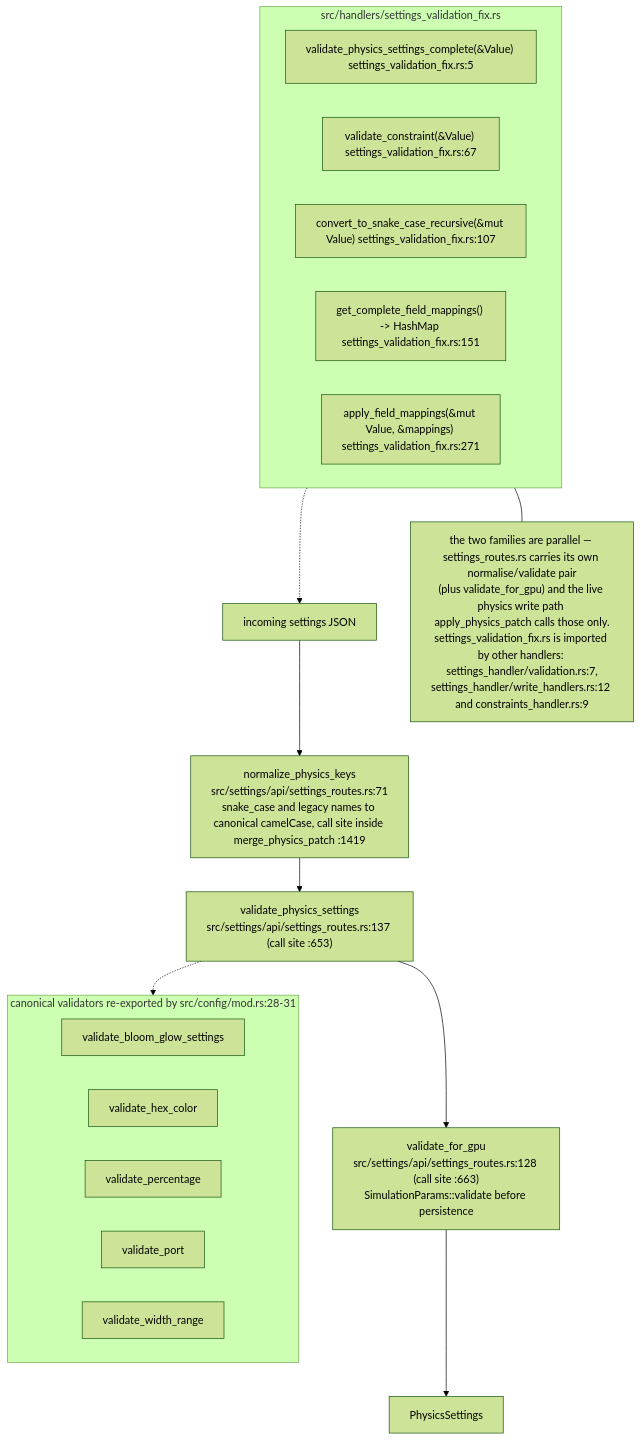
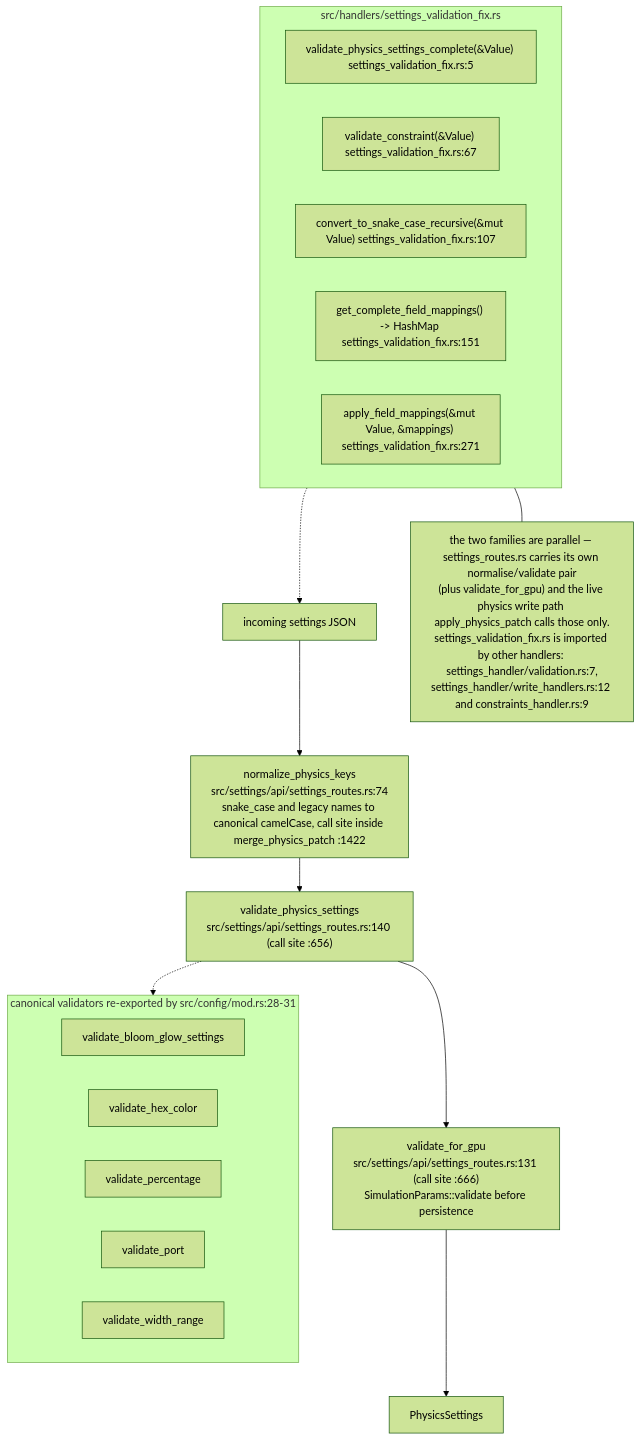
One commit to DreamLab-AI/VisionFlow changed the seventh of 8 diagrams in docs/diagrams/visionclaw/06-settings-round-trip.md. Above: the diagram before and after it, drawn with Mermaid (forest theme). The commit also changed other lines of this file and 56 other files, not shown here.

First line of the commit message:
docs(diagrams): re-verify VisionClaw topics at ec785afa9, add VC-19/56/57 and the VisionClaw register

````diff
--- a/docs/diagrams/visionclaw/06-settings-round-trip.md
+++ b/docs/diagrams/visionclaw/06-settings-round-trip.md
@@ -266,26 +291,26 @@
 ```mermaid
 flowchart TB
     IN["incoming settings JSON"]
-    IN --> N1["normalize_physics_keys<br/>src/settings/api/settings_routes.rs:71<br/>snake_case and legacy names to canonical camelCase, call site inside merge_physics_patch :1419"]
-    N1 --> V1["validate_physics_settings<br/>src/settings/api/settings_routes.rs:137 (call site :653)"]
-    V1 --> G1["validate_for_gpu<br/>src/settings/api/settings_routes.rs:128 (call site :663)<br/>SimulationParams::validate before persistence"]
+    IN --> N1["normalize_physics_keys<br/>src/settings/api/settings_routes.rs:74<br/>snake_case and legacy names to canonical camelCase, call site inside merge_physics_patch :1422"]
+    N1 --> V1["validate_physics_settings<br/>src/settings/api/settings_routes.rs:140 (call site :656)"]
+    V1 --> G1["validate_for_gpu<br/>src/settings/api/settings_routes.rs:131 (call site :666)<br/>SimulationParams::validate before persistence"]
     G1 --> OUT["PhysicsSettings"]
     subgraph FIX["src/handlers/settings_validation_fix.rs"]
         F1["validate_physics_settings_complete(&Value) settings_validation_fix.rs:5"]
         F2["validate_constraint(&Value) settings_validation_fix.rs:67"]
         F3["convert_to_snake_case_recursive(&mut Value) settings_validation_fix.rs:107"]
         F4["get_complete_field_mappings() -> HashMap settings_validation_fix.rs:151"]
         F5["apply_field_mappings(&mut Value, &mappings) settings_validation_fix.rs:271"]
     end
     subgraph DOM["canonical validators re-exported by src/config/mod.rs:28-31"]
         D1["validate_bloom_glow_settings"]
         D2["validate_hex_color"]
         D3["validate_percentage"]
         D4["validate_port"]
         D5["validate_width_range"]
     end
     V1 -.-> DOM
     FIX -.-> IN
     NOTE["the two families are parallel — settings_routes.rs carries its own normalise/validate pair<br/>(plus validate_for_gpu) and the live physics write path apply_physics_patch calls those only.<br/>settings_validation_fix.rs is imported by other handlers: settings_handler/validation.rs:7,<br/>settings_handler/write_handlers.rs:12 and constraints_handler.rs:9"]
     FIX --- NOTE
 ```
````
